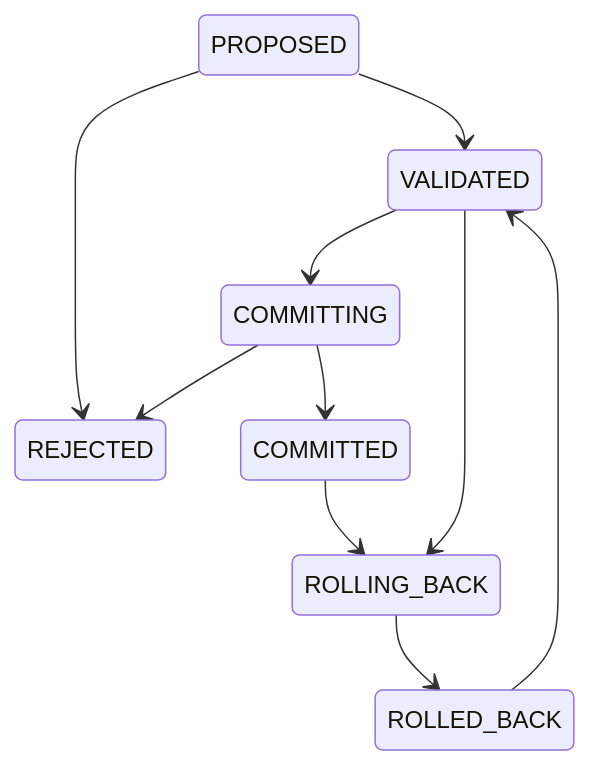
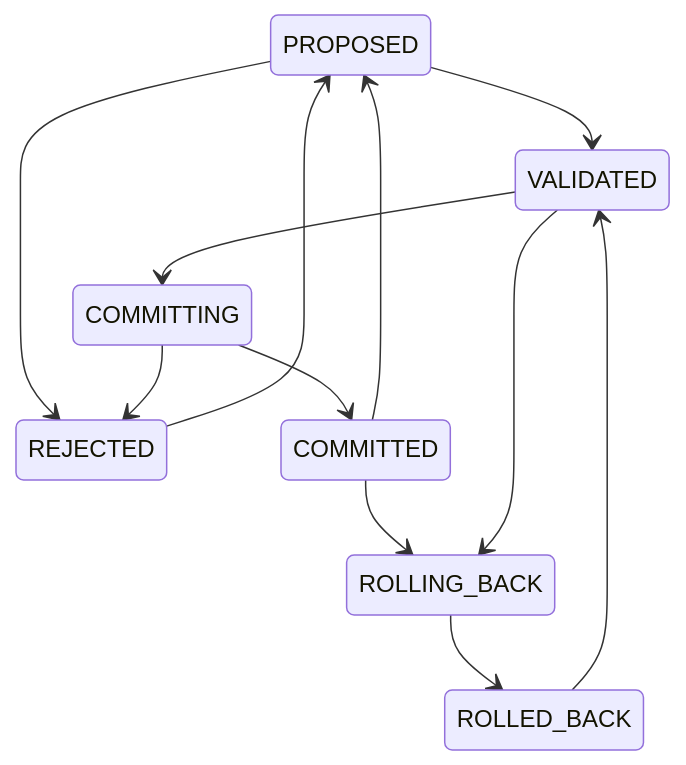
Before and after one commit to kliewerdaniel/reality-engine: the diagram in docs/REVISION_STATE_MACHINE.md, drawn with Mermaid. The commit also changed other lines of this file and 13 other files, not shown here.

````diff
--- a/docs/REVISION_STATE_MACHINE.md
+++ b/docs/REVISION_STATE_MACHINE.md
@@ -13,12 +13,14 @@
 ```mermaid
 stateDiagram
     PROPOSED --> VALIDATED
     PROPOSED --> REJECTED
     VALIDATED --> COMMITTING
     COMMITTING --> COMMITTED
     COMMITTING --> REJECTED
     COMMITTED --> ROLLING_BACK
     ROLLING_BACK --> ROLLED_BACK
     ROLLED_BACK --> VALIDATED
     VALIDATED --> ROLLING_BACK
+    REJECTED --> PROPOSED
+    COMMITTED --> PROPOSED
 ```
````
